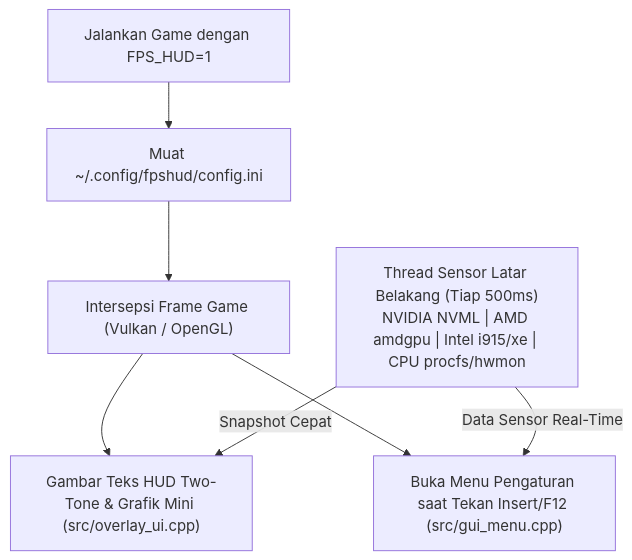
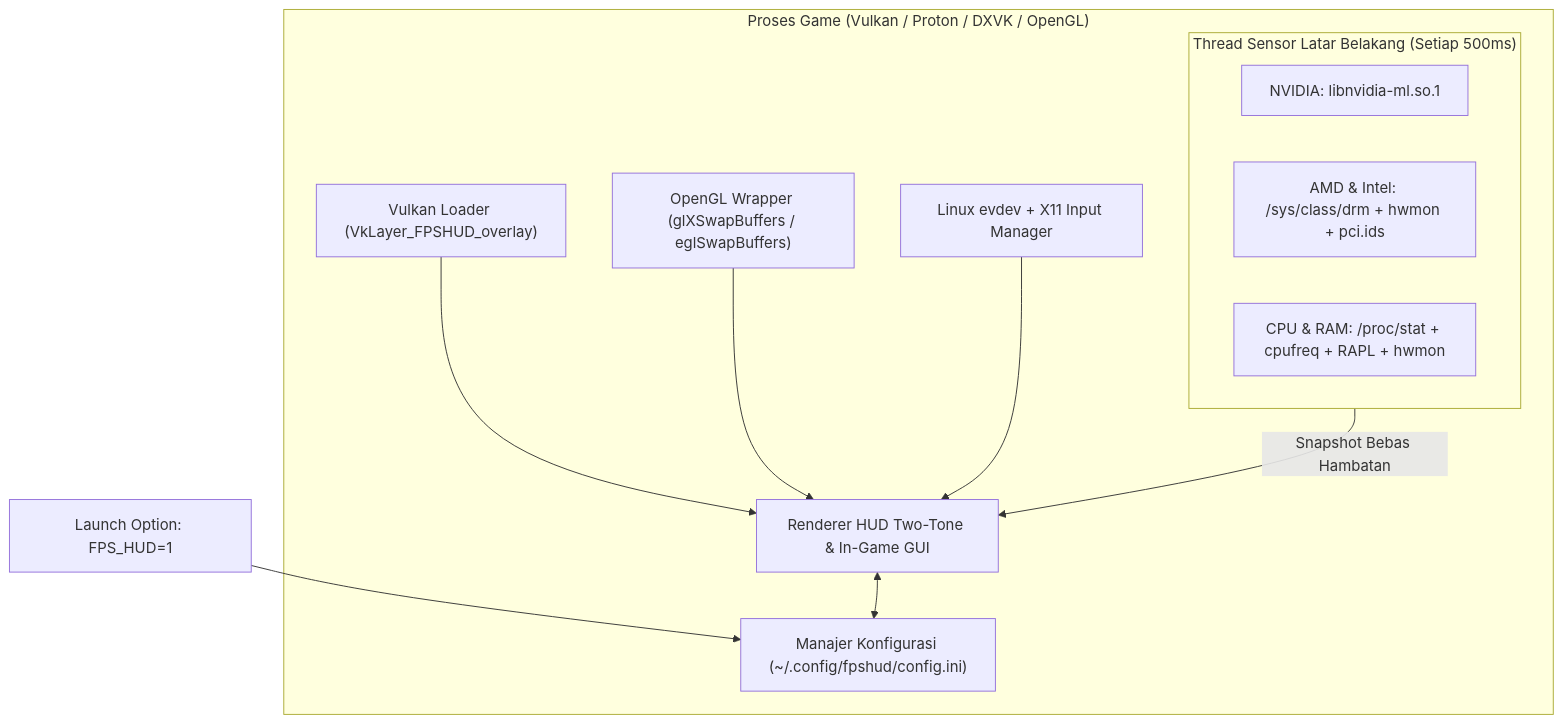
One commit to budicuy/FPS_HUD_FOR_LINUX changed the diagram in README.id.md. Above: the diagram before and after it, drawn with Mermaid. The commit also changed other lines of this file and 7 other files, not shown here.

Commit message:
Initial release: FPSHUD v1.0.0 - 1-Command Installer, Multi-Vendor Telemetry & In-Game GUI

````diff
--- a/README.id.md
+++ b/README.id.md
@@ -185,9 +207,16 @@
 ```mermaid
 flowchart TD
-    Env["Jalankan Game dengan FPS_HUD=1"] --> Config["Muat ~/.config/fpshud/config.ini"]
-    Config --> Hook["Intersepsi Frame Game (Vulkan / OpenGL)"]
-    Hook --> HUD["Gambar Teks HUD Two-Tone & Grafik Mini (src/overlay_ui.cpp)"]
-    Hook --> GUI["Buka Menu Pengaturan saat Tekan Insert/F12 (src/gui_menu.cpp)"]
-    Worker["Thread Sensor Latar Belakang (Tiap 500ms)\nNVIDIA NVML | AMD amdgpu | Intel i915/xe | CPU procfs/hwmon"] -->|Snapshot Cepat| HUD
-    Worker -->|Data Sensor Real-Time| GUI
+    Env["Launch Option: FPS_HUD=1"] --> Init["Manajer Konfigurasi (~/.config/fpshud/config.ini)"]
+    subgraph GameProcess["Proses Game (Vulkan / Proton / DXVK / OpenGL)"]
+        VK["Vulkan Loader (VkLayer_FPSHUD_overlay)"] --> HUD["Renderer HUD Two-Tone & In-Game GUI"]
+        GL["OpenGL Wrapper (glXSwapBuffers / eglSwapBuffers)"] --> HUD
+        Input["Linux evdev + X11 Input Manager"] --> HUD
+        HUD <--> Init
+        subgraph Worker["Thread Sensor Latar Belakang (Setiap 500ms)"]
+            NV["NVIDIA: libnvidia-ml.so.1"]
+            DRM["AMD & Intel: /sys/class/drm + hwmon + pci.ids"]
+            CPU["CPU & RAM: /proc/stat + cpufreq + RAPL + hwmon"]
+        end
+        Worker -->|Snapshot Bebas Hambatan| HUD
+    end
 ```
````
